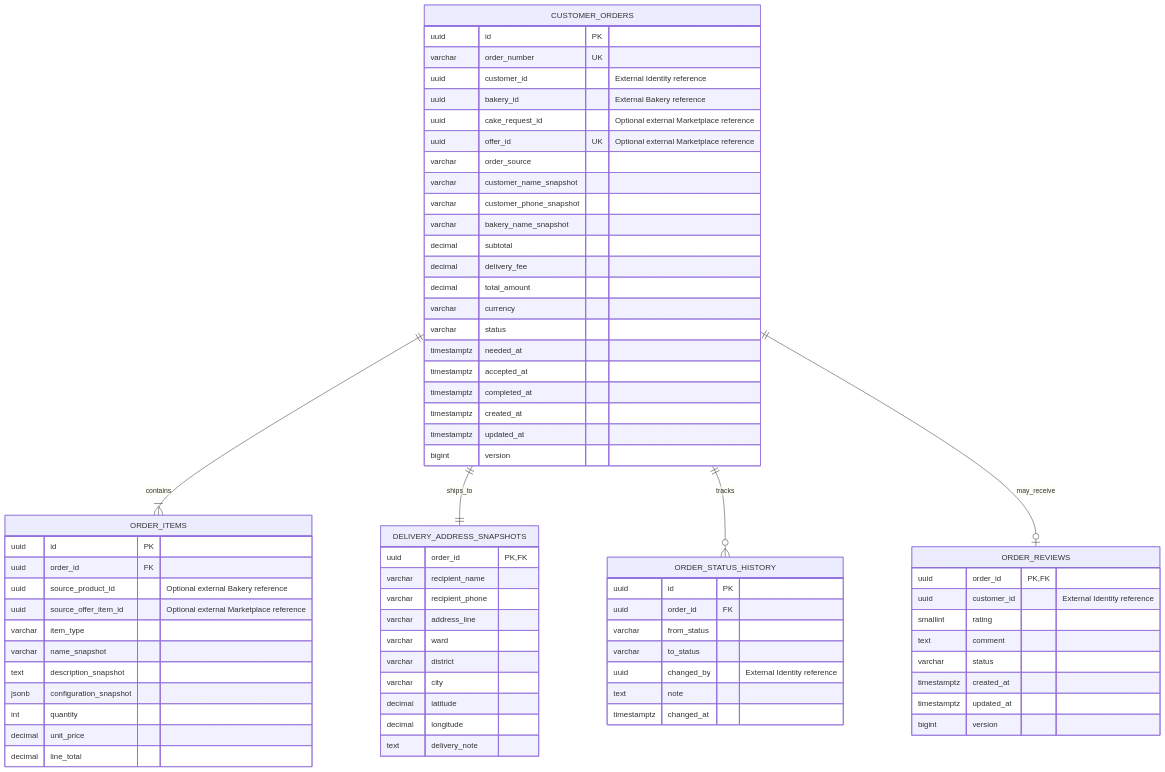
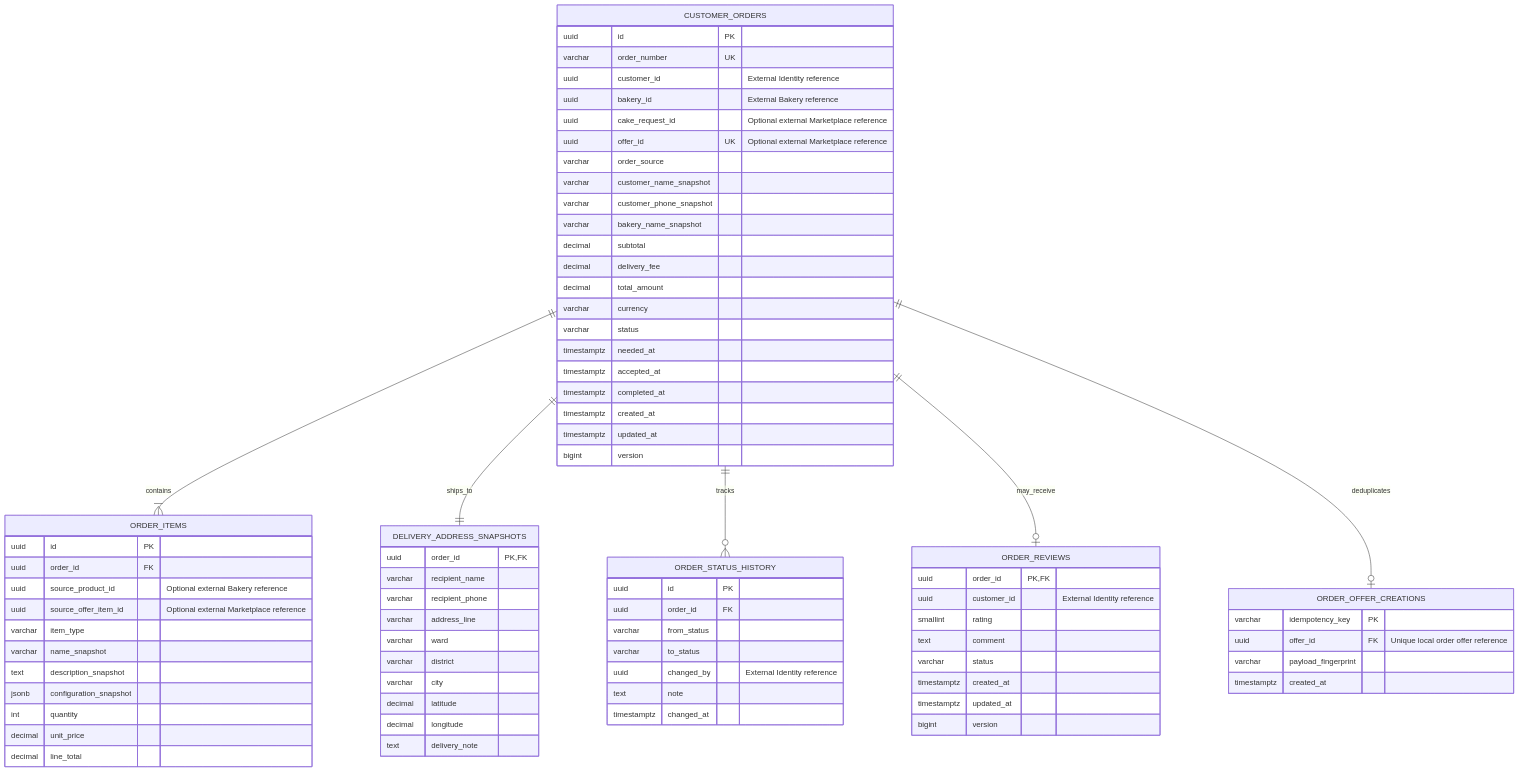
The diagram in docs/erd/04-order-service-logical.mmd (leminhkhoi-james/Bakery-Platform), drawn with Mermaid before and after one commit. The commit also changed 198 other files, not shown here.

```diff
--- a/docs/erd/04-order-service-logical.mmd
+++ b/docs/erd/04-order-service-logical.mmd
@@ -1,77 +1,85 @@
 erDiagram
     CUSTOMER_ORDERS {
         uuid id PK
         varchar order_number UK
         uuid customer_id "External Identity reference"
         uuid bakery_id "External Bakery reference"
         uuid cake_request_id "Optional external Marketplace reference"
         uuid offer_id UK "Optional external Marketplace reference"
         varchar order_source
         varchar customer_name_snapshot
         varchar customer_phone_snapshot
         varchar bakery_name_snapshot
         decimal subtotal
         decimal delivery_fee
         decimal total_amount
         varchar currency
         varchar status
         timestamptz needed_at
         timestamptz accepted_at
         timestamptz completed_at
         timestamptz created_at
         timestamptz updated_at
         bigint version
     }
 
     ORDER_ITEMS {
         uuid id PK
         uuid order_id FK
         uuid source_product_id "Optional external Bakery reference"
         uuid source_offer_item_id "Optional external Marketplace reference"
         varchar item_type
         varchar name_snapshot
         text description_snapshot
         jsonb configuration_snapshot
         int quantity
         decimal unit_price
         decimal line_total
     }
 
     DELIVERY_ADDRESS_SNAPSHOTS {
         uuid order_id PK, FK
         varchar recipient_name
         varchar recipient_phone
         varchar address_line
         varchar ward
         varchar district
         varchar city
         decimal latitude
         decimal longitude
         text delivery_note
     }
 
     ORDER_STATUS_HISTORY {
         uuid id PK
         uuid order_id FK
         varchar from_status
         varchar to_status
         uuid changed_by "External Identity reference"
         text note
         timestamptz changed_at
     }
 
     ORDER_REVIEWS {
         uuid order_id PK, FK
         uuid customer_id "External Identity reference"
         smallint rating
         text comment
         varchar status
         timestamptz created_at
         timestamptz updated_at
         bigint version
     }
 
     CUSTOMER_ORDERS ||--|{ ORDER_ITEMS : contains
     CUSTOMER_ORDERS ||--|| DELIVERY_ADDRESS_SNAPSHOTS : ships_to
     CUSTOMER_ORDERS ||--o{ ORDER_STATUS_HISTORY : tracks
     CUSTOMER_ORDERS ||--o| ORDER_REVIEWS : may_receive
+
+    ORDER_OFFER_CREATIONS {
+        varchar idempotency_key PK
+        uuid offer_id FK "Unique local order offer reference"
+        varchar payload_fingerprint
+        timestamptz created_at
+    }
+    CUSTOMER_ORDERS ||--o| ORDER_OFFER_CREATIONS : deduplicates
```
